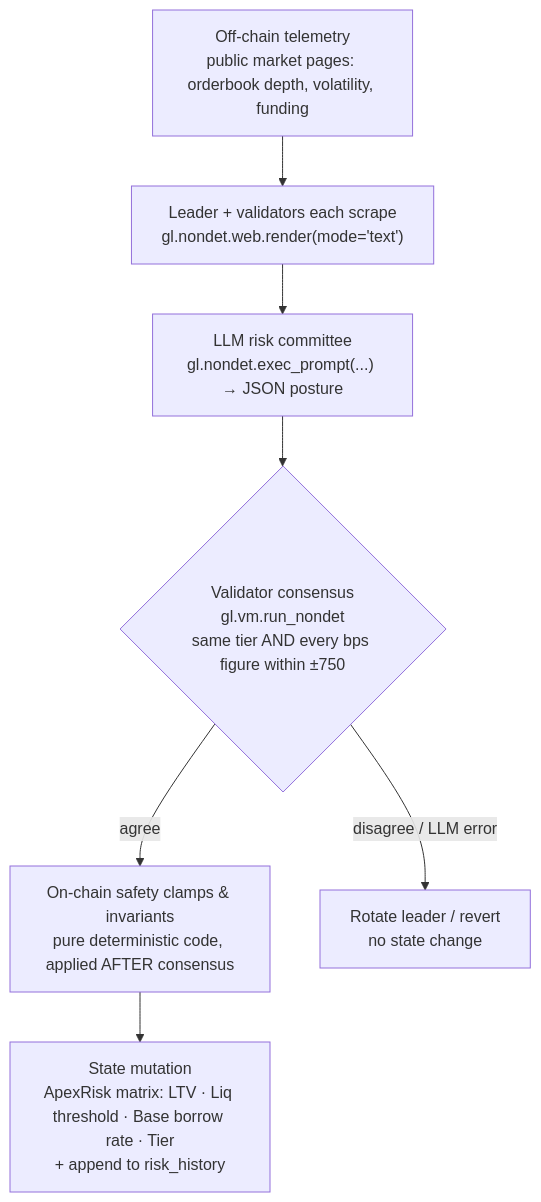
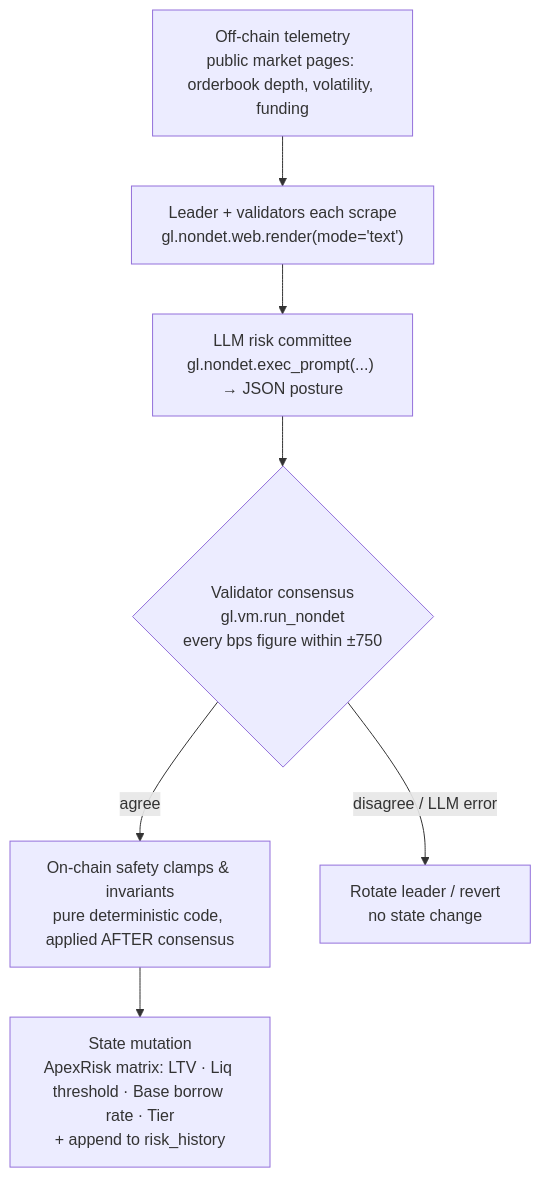
The diagram in README.md (moltaphet/Apexrisk), drawn with Mermaid before and after one commit. The commit also changed other lines of this file and 6 other files, not shown here.

````diff
--- a/README.md
+++ b/README.md
@@ -63,14 +63,14 @@
 ```mermaid
 flowchart TD
     A["Off-chain telemetry<br/>public market pages: orderbook depth, volatility, funding"]
     B["Leader + validators each scrape<br/>gl.nondet.web.render(mode='text')"]
     C["LLM risk committee<br/>gl.nondet.exec_prompt(...) → JSON posture"]
-    D{"Validator consensus<br/>gl.vm.run_nondet<br/>same tier AND every bps figure within ±750"}
+    D{"Validator consensus<br/>gl.vm.run_nondet<br/>every bps figure within ±750"}
     E["On-chain safety clamps & invariants<br/>pure deterministic code, applied AFTER consensus"]
     F["State mutation<br/>ApexRisk matrix: LTV · Liq threshold · Base borrow rate · Tier<br/>+ append to risk_history"]
     R["Rotate leader / revert<br/>no state change"]
 
     A --> B --> C --> D
     D -- agree --> E --> F
     D -- disagree / LLM error --> R
 ```
````
